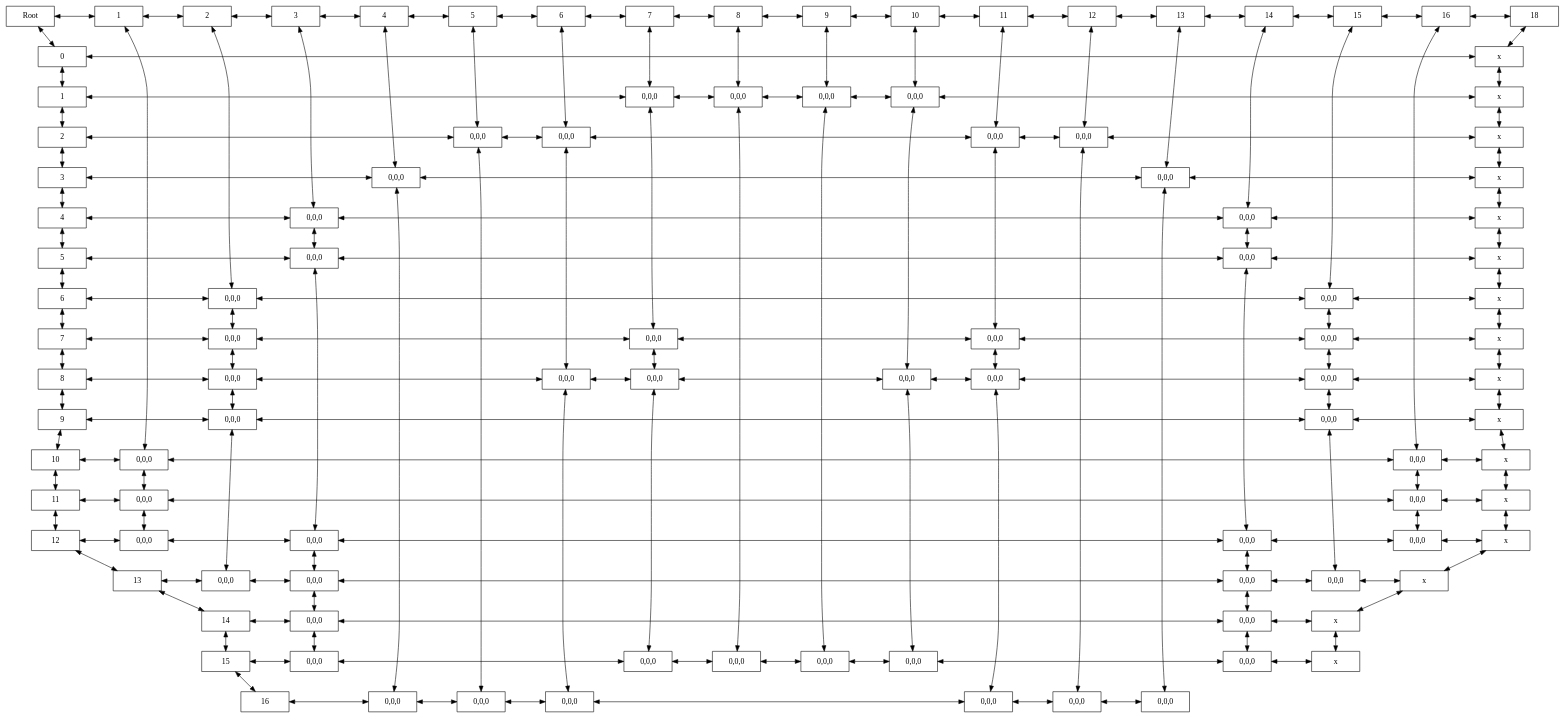
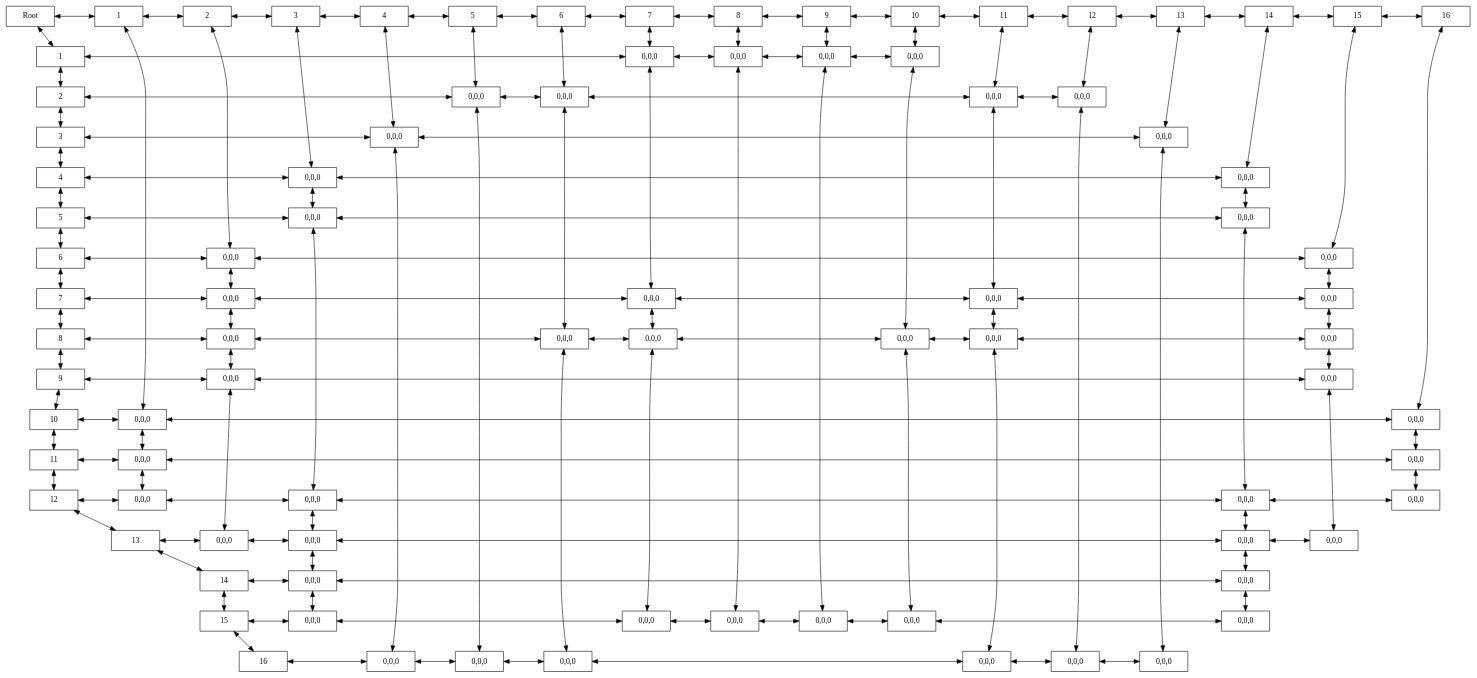
Before and after one commit to jmansilla-2014056/EDD_2S2019_PY1_201709396: the diagram in Contorno_Normal.dot, drawn with Graphviz. The commit also changed 50 other files, not shown here.

```diff
--- a/Contorno_Normal.dot
+++ b/Contorno_Normal.dot
@@ -3,7 +3,6 @@
 graph [nodesep = 1];
 rankdir=TB;
 "-1--1"[label="Root"];
-"-1-0"[label="0"];
 "-1-1"[label="1"];
 "-1-2"[label="2"];
 "-1-3"[label="3"];
@@ -90,43 +89,8 @@
 "16-10"[label="0,0,0"];
 "16-11"[label="0,0,0"];
 "16-12"[label="0,0,0"];
-"18--1"[label="18"];
-"18-0"[label="x
-"];
-"18-1"[label="x
-"];
-"18-2"[label="x
-"];
-"18-3"[label="x
-"];
-"18-4"[label="x
-"];
-"18-5"[label="x
-"];
-"18-6"[label="x
-"];
-"18-7"[label="x
-"];
-"18-8"[label="x
-"];
-"18-9"[label="x
-"];
-"18-10"[label="x
-"];
-"18-11"[label="x
-"];
-"18-12"[label="x
-"];
-"18-13"[label="x
-"];
-"18-14"[label="x
-"];
-"18-15"[label="x
-"];
 "-1--1"->"1--1"[dir=both];
-"-1--1"->"-1-0"[dir=both];
-"-1-0"->"18-0"[dir=both];
-"-1-0"->"-1-1"[dir=both];
+"-1--1"->"-1-1"[dir=both];
 "-1-1"->"7-1"[dir=both];
 "-1-1"->"-1-2"[dir=both];
 "-1-2"->"5-2"[dir=both];
@@ -227,7 +191,6 @@
 "9-15"->"10-15"[dir=both];
 "10--1"->"11--1"[dir=both];
 "10--1"->"10-1"[dir=both];
-"10-1"->"18-1"[dir=both];
 "10-1"->"10-8"[dir=both];
 "10-8"->"11-8"[dir=both];
 "10-8"->"10-15"[dir=both];
@@ -243,76 +206,44 @@
 "11-16"->"12-16"[dir=both];
 "12--1"->"13--1"[dir=both];
 "12--1"->"12-2"[dir=both];
-"12-2"->"18-2"[dir=both];
 "12-2"->"12-16"[dir=both];
 "12-16"->"13-16"[dir=both];
 "13--1"->"14--1"[dir=both];
 "13--1"->"13-3"[dir=both];
-"13-3"->"18-3"[dir=both];
 "13-3"->"13-16"[dir=both];
 "14--1"->"15--1"[dir=both];
 "14--1"->"14-4"[dir=both];
-"14-4"->"18-4"[dir=both];
 "14-4"->"14-5"[dir=both];
-"14-5"->"18-5"[dir=both];
 "14-5"->"14-12"[dir=both];
 "14-12"->"16-12"[dir=both];
 "14-12"->"14-13"[dir=both];
 "14-13"->"15-13"[dir=both];
 "14-13"->"14-14"[dir=both];
-"14-14"->"18-14"[dir=both];
 "14-14"->"14-15"[dir=both];
-"14-15"->"18-15"[dir=both];
 "15--1"->"16--1"[dir=both];
 "15--1"->"15-6"[dir=both];
-"15-6"->"18-6"[dir=both];
 "15-6"->"15-7"[dir=both];
-"15-7"->"18-7"[dir=both];
 "15-7"->"15-8"[dir=both];
-"15-8"->"18-8"[dir=both];
 "15-8"->"15-9"[dir=both];
-"15-9"->"18-9"[dir=both];
 "15-9"->"15-13"[dir=both];
-"15-13"->"18-13"[dir=both];
-"16--1"->"18--1"[dir=both];
 "16--1"->"16-10"[dir=both];
-"16-10"->"18-10"[dir=both];
 "16-10"->"16-11"[dir=both];
-"16-11"->"18-11"[dir=both];
 "16-11"->"16-12"[dir=both];
-"16-12"->"18-12"[dir=both];
-"18--1"->"18-0"[dir=both];
-"18-0"->"18-1"[dir=both];
-"18-1"->"18-2"[dir=both];
-"18-2"->"18-3"[dir=both];
-"18-3"->"18-4"[dir=both];
-"18-4"->"18-5"[dir=both];
-"18-5"->"18-6"[dir=both];
-"18-6"->"18-7"[dir=both];
-"18-7"->"18-8"[dir=both];
-"18-8"->"18-9"[dir=both];
-"18-9"->"18-10"[dir=both];
-"18-10"->"18-11"[dir=both];
-"18-11"->"18-12"[dir=both];
-"18-12"->"18-13"[dir=both];
-"18-13"->"18-14"[dir=both];
-"18-14"->"18-15"[dir=both];
-{ rank=same; "-1--1" "1--1" "2--1" "3--1" "4--1" "5--1" "6--1" "7--1" "8--1" "9--1" "10--1" "11--1" "12--1" "13--1" "14--1" "15--1" "16--1" "18--1" };
-{ rank=same; "-1-0" "18-0" };
-{ rank=same; "-1-1" "7-1" "8-1" "9-1" "10-1" "18-1" };
-{ rank=same; "-1-2" "5-2" "6-2" "11-2" "12-2" "18-2" };
-{ rank=same; "-1-3" "4-3" "13-3" "18-3" };
-{ rank=same; "-1-4" "3-4" "14-4" "18-4" };
-{ rank=same; "-1-5" "3-5" "14-5" "18-5" };
-{ rank=same; "-1-6" "2-6" "15-6" "18-6" };
-{ rank=same; "-1-7" "2-7" "7-7" "11-7" "15-7" "18-7" };
-{ rank=same; "-1-8" "2-8" "6-8" "7-8" "10-8" "11-8" "15-8" "18-8" };
-{ rank=same; "-1-9" "2-9" "15-9" "18-9" };
-{ rank=same; "-1-10" "1-10" "16-10" "18-10" };
-{ rank=same; "-1-11" "1-11" "16-11" "18-11" };
-{ rank=same; "-1-12" "1-12" "3-12" "14-12" "16-12" "18-12" };
-{ rank=same; "-1-13" "2-13" "3-13" "14-13" "15-13" "18-13" };
-{ rank=same; "-1-14" "3-14" "14-14" "18-14" };
-{ rank=same; "-1-15" "3-15" "7-15" "8-15" "9-15" "10-15" "14-15" "18-15" };
+{ rank=same; "-1--1" "1--1" "2--1" "3--1" "4--1" "5--1" "6--1" "7--1" "8--1" "9--1" "10--1" "11--1" "12--1" "13--1" "14--1" "15--1" "16--1" };
+{ rank=same; "-1-1" "7-1" "8-1" "9-1" "10-1" };
+{ rank=same; "-1-2" "5-2" "6-2" "11-2" "12-2" };
+{ rank=same; "-1-3" "4-3" "13-3" };
+{ rank=same; "-1-4" "3-4" "14-4" };
+{ rank=same; "-1-5" "3-5" "14-5" };
+{ rank=same; "-1-6" "2-6" "15-6" };
+{ rank=same; "-1-7" "2-7" "7-7" "11-7" "15-7" };
+{ rank=same; "-1-8" "2-8" "6-8" "7-8" "10-8" "11-8" "15-8" };
+{ rank=same; "-1-9" "2-9" "15-9" };
+{ rank=same; "-1-10" "1-10" "16-10" };
+{ rank=same; "-1-11" "1-11" "16-11" };
+{ rank=same; "-1-12" "1-12" "3-12" "14-12" "16-12" };
+{ rank=same; "-1-13" "2-13" "3-13" "14-13" "15-13" };
+{ rank=same; "-1-14" "3-14" "14-14" };
+{ rank=same; "-1-15" "3-15" "7-15" "8-15" "9-15" "10-15" "14-15" };
 { rank=same; "-1-16" "4-16" "5-16" "6-16" "11-16" "12-16" "13-16" };
 }
```
